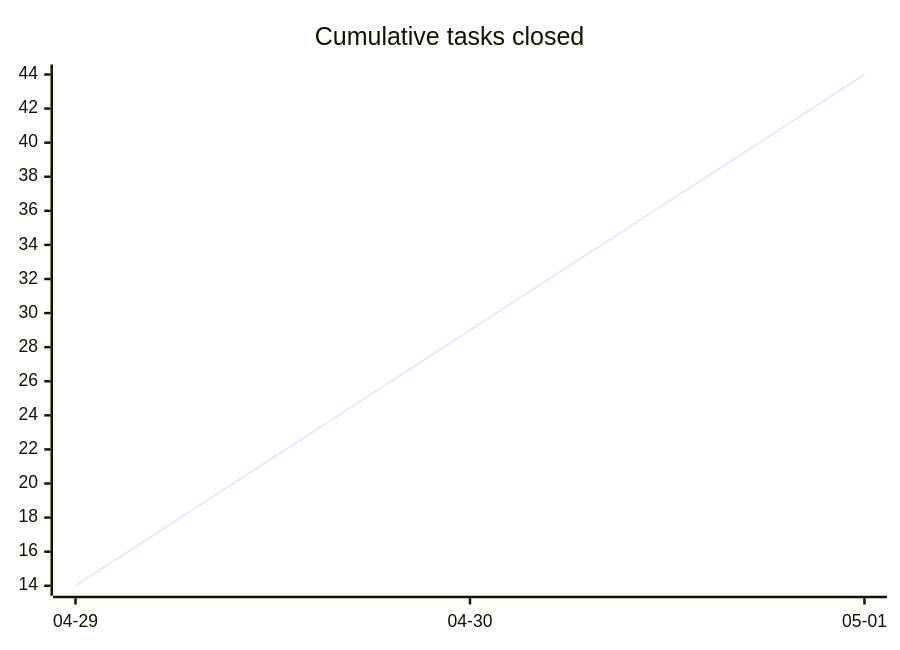
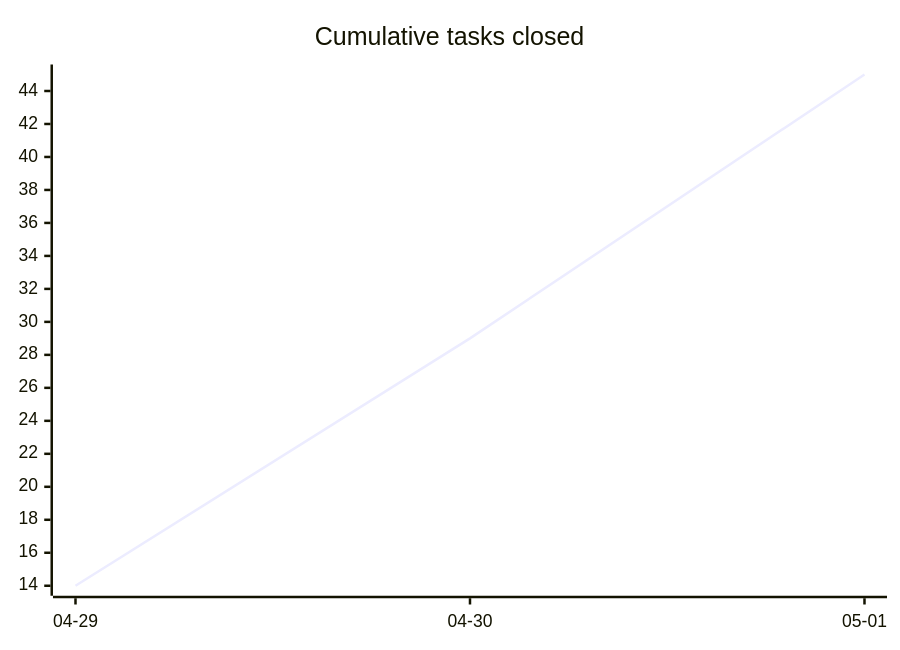
The first of 3 diagrams in docs/developers/tasks/OVERVIEW.md (tgd1975/AwesomeStudioPedal), drawn with Mermaid before and after one commit. The commit also changed other lines of this file and 7 other files, not shown here.

````diff
--- a/docs/developers/tasks/OVERVIEW.md
+++ b/docs/developers/tasks/OVERVIEW.md
@@ -22,6 +22,6 @@
 ```mermaid
 xychart-beta
     title "Cumulative tasks closed"
     x-axis ["04-29", "04-30", "05-01"]
-    line [14, 29, 44]
+    line [14, 29, 45]
 ```
````
